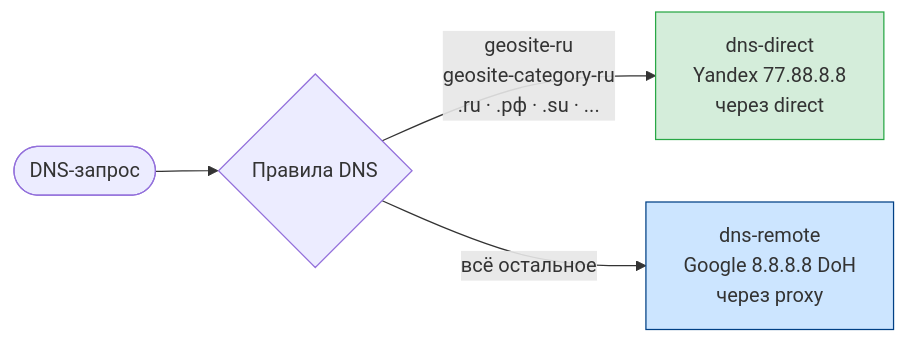
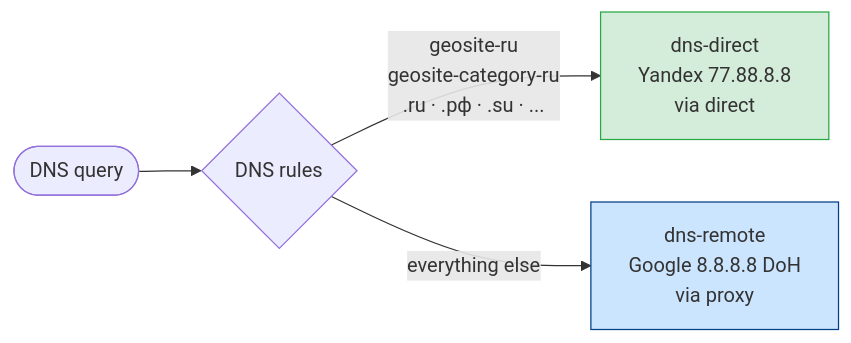
Before and after one commit to kolaqsq/sing-box-config: the second of 3 diagrams in configs/ARCHITECTURE.md, drawn with Mermaid. The commit also changed other lines of this file and 1 other file, not shown here.

````diff
--- a/configs/ARCHITECTURE.md
+++ b/configs/ARCHITECTURE.md
@@ -56,10 +58,10 @@
 ```mermaid
 flowchart LR
-    Q([DNS-запрос]) --> DR{Правила DNS}
+    Q([DNS query]) --> DR{DNS rules}
 
-    DR -->|"geosite-ru\ngeosite-category-ru\n.ru · .рф · .su · ..."| DD["dns-direct\nYandex 77.88.8.8\nчерез direct"]
-    DR -->|"всё остальное"| DP["dns-remote\nGoogle 8.8.8.8 DoH\nчерез proxy"]
+    DR -->|"geosite-ru\ngeosite-category-ru\n.ru · .рф · .su · ..."| DD["dns-direct\nYandex 77.88.8.8\nvia direct"]
+    DR -->|"everything else"| DP["dns-remote\nGoogle 8.8.8.8 DoH\nvia proxy"]
 
     style DD fill:#d4edda,stroke:#28a745
     style DP fill:#cce5ff,stroke:#004085
 ```
````
